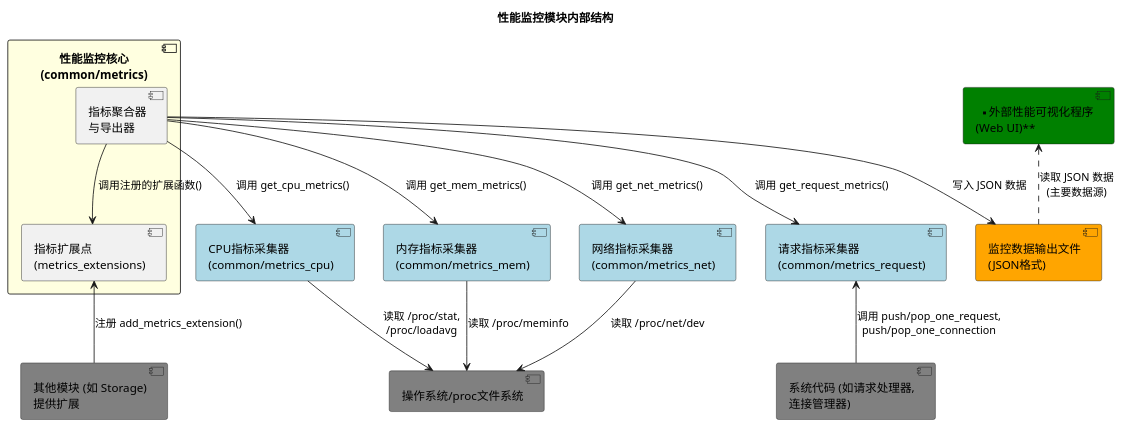
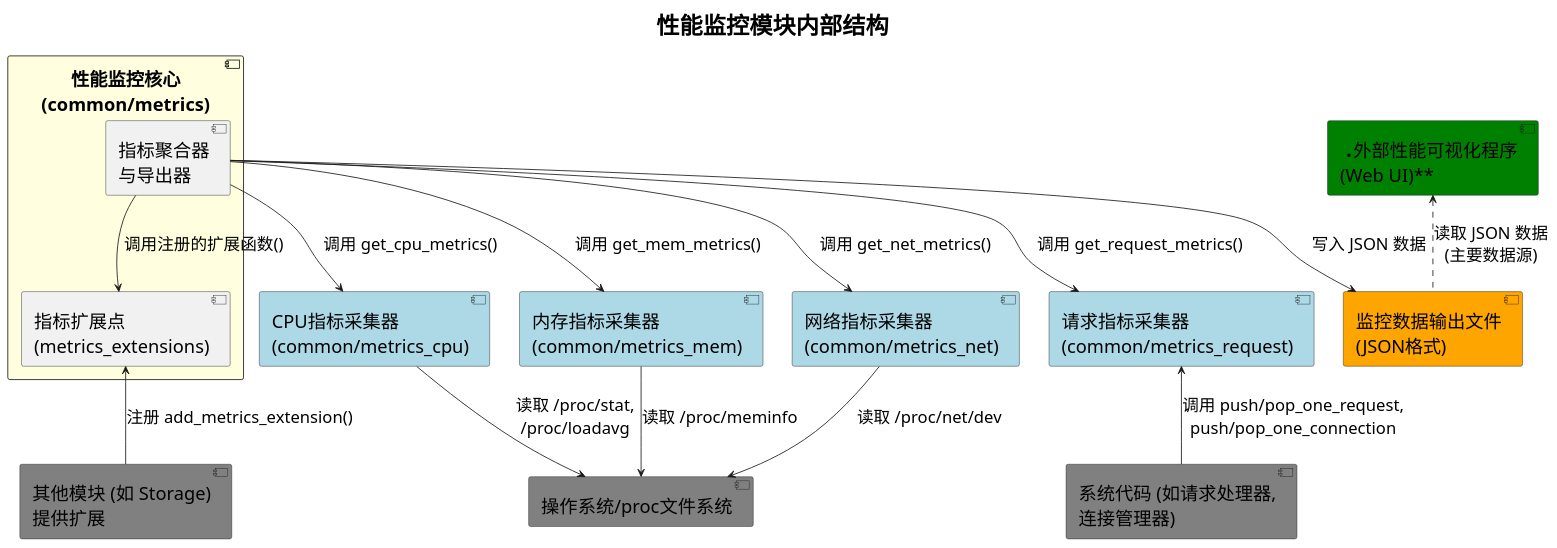
The first of 2 diagrams in doc/puml/监控.puml (errlst/dfs), drawn with PlantUML before and after one commit. The commit also changed other lines of this file and 6 other files, not shown here.

```diff
--- a/doc/puml/监控.puml
+++ b/doc/puml/监控.puml
@@ -1,41 +1,42 @@
 @startuml
+
+skinparam TitleFontSize 28
+skinparam ComponentFontSize 22
+skinparam ArrowFontSize 20
 
 title 性能监控模块内部结构
 
 component [性能监控核心\n(common/metrics)] as MetricsCore #LightYellow {
   component [指标聚合器\n与导出器] as AggregatorExporter
   component [指标扩展点\n(metrics_extensions)] as Extensions
 }
 
 component [CPU指标采集器\n(common/metrics_cpu)] as CPUCollector #lightblue
 component [内存指标采集器\n(common/metrics_mem)] as MemCollector #lightblue
 component [网络指标采集器\n(common/metrics_net)] as NetCollector #lightblue
 component [请求指标采集器\n(common/metrics_request)] as RequestCollector #lightblue
 
 [操作系统/proc文件系统] as ProcFS #grey
 [系统代码 (如请求处理器,\n连接管理器)] as InstrumentedCode #grey
 [其他模块 (如 Storage)\n提供扩展] as CustomMetricsSource #grey
 [监控数据输出文件\n(JSON格式)] as MetricsFile #orange
 [**外部性能可视化程序\n(Web UI)**] as WebUIVisualizer #Green
 
 AggregatorExporter --> CPUCollector : 调用 get_cpu_metrics()
 AggregatorExporter --> MemCollector : 调用 get_mem_metrics()
 AggregatorExporter --> NetCollector : 调用 get_net_metrics()
 AggregatorExporter --> RequestCollector : 调用 get_request_metrics()
 AggregatorExporter --> Extensions : 调用注册的扩展函数()
 AggregatorExporter --> MetricsFile : 写入 JSON 数据
 
 CPUCollector --> ProcFS : 读取 /proc/stat,\n/proc/loadavg
 MemCollector --> ProcFS : 读取 /proc/meminfo
 NetCollector --> ProcFS : 读取 /proc/net/dev
 
 RequestCollector <-- InstrumentedCode : 调用 push/pop_one_request,\npush/pop_one_connection
 
 Extensions <-- CustomMetricsSource : 注册 add_metrics_extension()
 
 WebUIVisualizer <.. MetricsFile : 读取 JSON 数据\n(主要数据源)
 
-' 可以选择是否保留 get_metrics 接口，如果 web UI 也可以通过这个接口获取数据
-' WebUIVisualizer --> MetricsCore : (可选) 调用 get_metrics()\n获取实时数据
-
 @enduml
```
